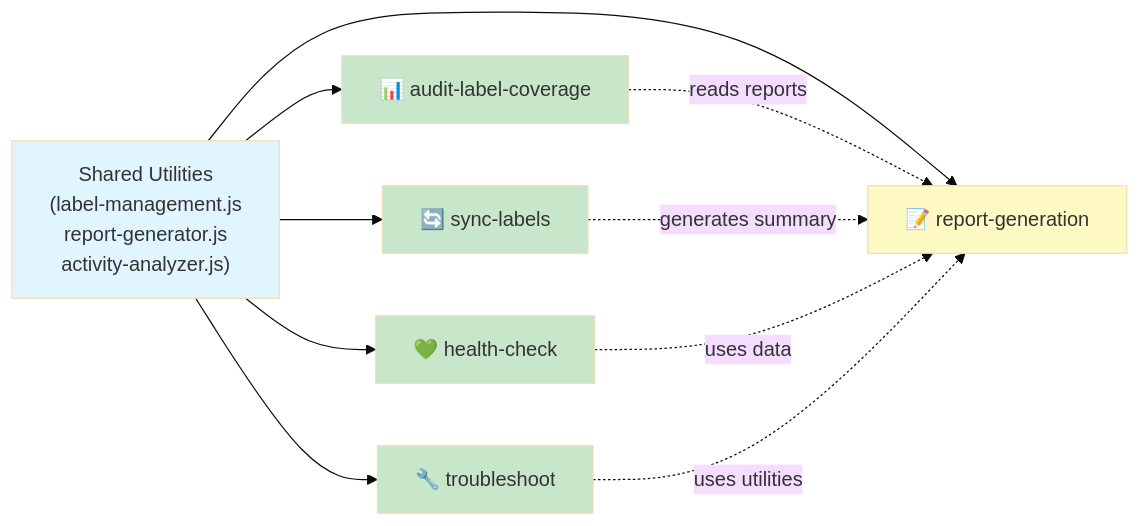
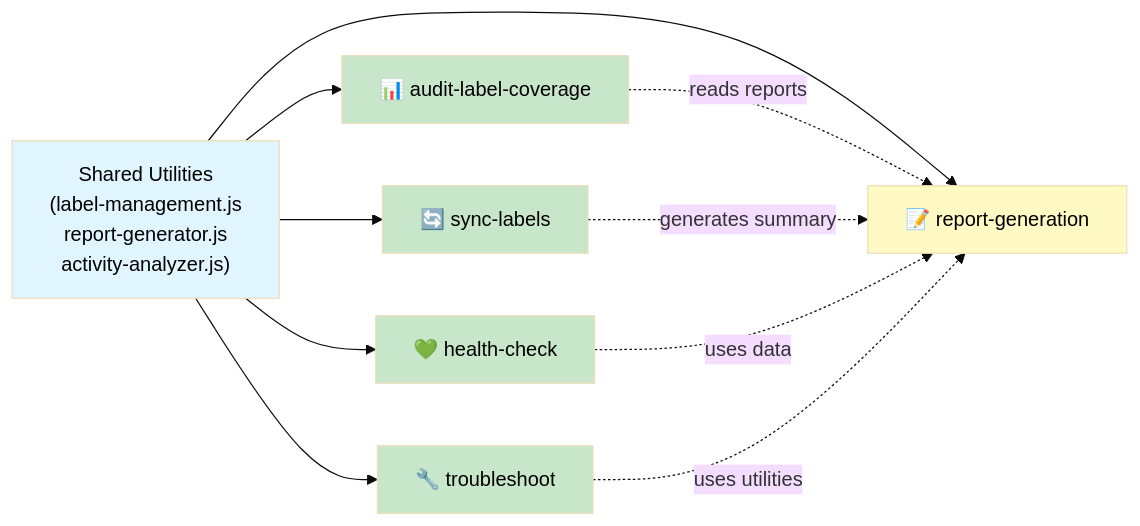
The fifth of 6 diagrams in .github/projects/active/issue-management-agent-planning-2026-08-12/QUESTIONS_AND_ANSWERS.md (lightspeedwp/.github), drawn with Mermaid (base theme) before and after one commit.

Commit message:
fix: Add explicit text color to Mermaid diagrams for WCAG contrast compliance

````diff
--- a/.github/projects/active/issue-management-agent-planning-2026-08-12/QUESTIONS_AND_ANSWERS.md
+++ b/.github/projects/active/issue-management-agent-planning-2026-08-12/QUESTIONS_AND_ANSWERS.md
@@ -715,28 +715,28 @@
 ```mermaid
 graph LR
     Shared["Shared Utilities<br/>(label-management.js<br/>report-generator.js<br/>activity-analyzer.js)"]
     
     Audit["📊 audit-label-coverage"]
     Sync["🔄 sync-labels"]
     Health["💚 health-check"]
     Troubleshoot["🔧 troubleshoot"]
     Report["📝 report-generation"]
     
     Shared --> Audit
     Shared --> Sync
     Shared --> Health
     Shared --> Troubleshoot
     Shared --> Report
     
     Audit -.->|reads reports| Report
     Sync -.->|generates summary| Report
     Health -.->|uses data| Report
     Troubleshoot -.->|uses utilities| Report
     
-    style Shared fill:#e1f5ff
-    style Audit fill:#c8e6c9
-    style Sync fill:#c8e6c9
-    style Health fill:#c8e6c9
-    style Troubleshoot fill:#c8e6c9
-    style Report fill:#fff9c4
+    style Shared fill:#e1f5ff,color:#000000
+    style Audit fill:#c8e6c9,color:#000000
+    style Sync fill:#c8e6c9,color:#000000
+    style Health fill:#c8e6c9,color:#000000
+    style Troubleshoot fill:#c8e6c9,color:#000000
+    style Report fill:#fff9c4,color:#000000
 ```
````
